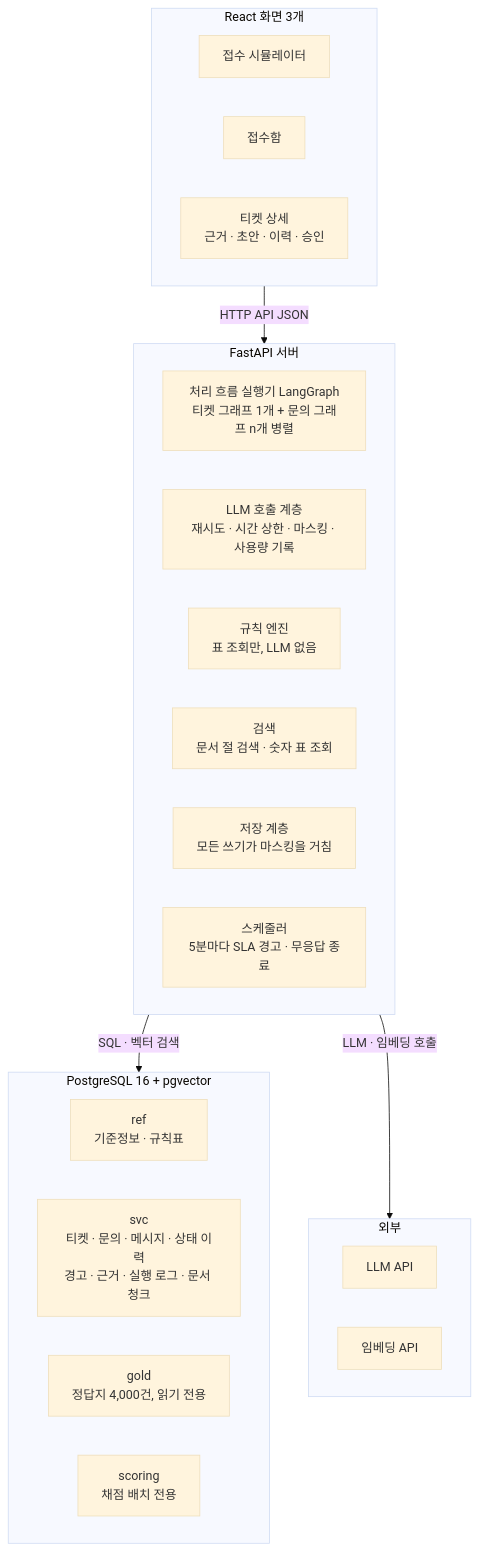
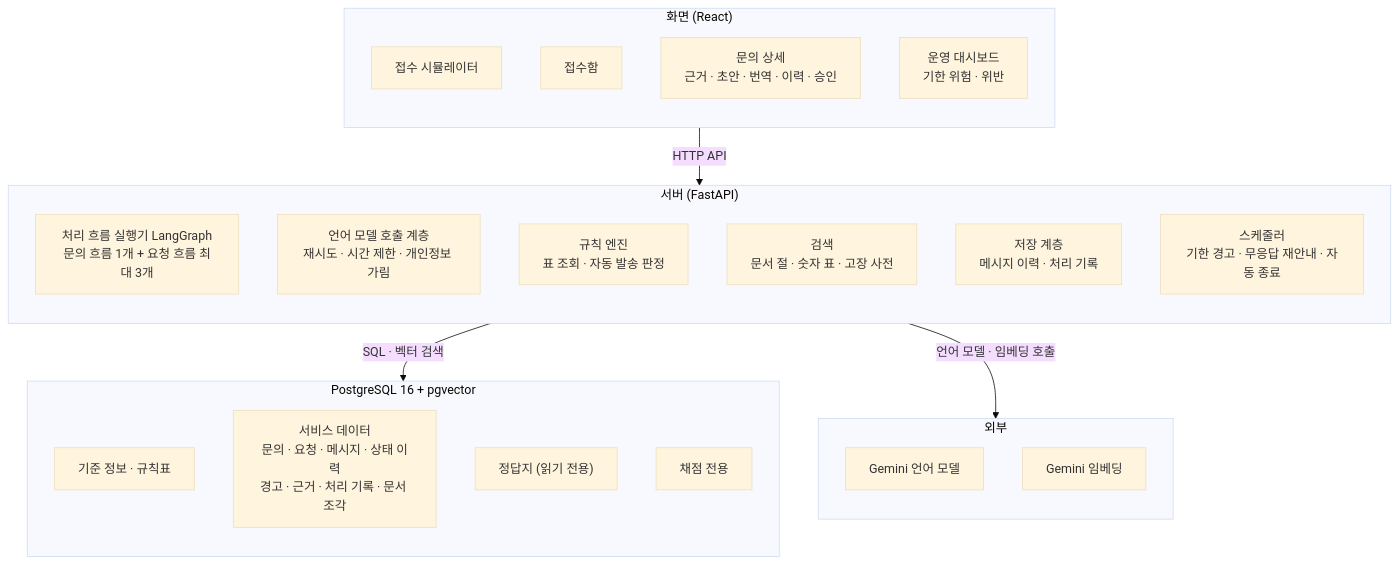
Before and after one commit to SongjuNa/cs-agent-service: the first of 3 diagrams in docs/planning/project-plan.md, drawn with Mermaid (base theme). The commit also changed other lines of this file and 3 other files, not shown here.

````diff
--- a/docs/planning/project-plan.md
+++ b/docs/planning/project-plan.md
@@ -247,33 +362,34 @@
 ```mermaid
 flowchart TB
-    subgraph WEB["React 화면 3개"]
-        direction LR
+    subgraph WEB["화면 (React)"]
+        direction TB
         W1["접수 시뮬레이터"]
         W2["접수함"]
-        W3["티켓 상세<br/>근거 · 초안 · 이력 · 승인"]
+        W3["문의 상세<br/>근거 · 초안 · 번역 · 이력 · 승인"]
+        W4["운영 대시보드<br/>기한 위험 · 위반"]
     end
-    subgraph API["FastAPI 서버"]
-        direction LR
-        G["처리 흐름 실행기 LangGraph<br/>티켓 그래프 1개 + 문의 그래프 n개 병렬"]
-        L["LLM 호출 계층<br/>재시도 · 시간 상한 · 마스킹 · 사용량 기록"]
-        RE["규칙 엔진<br/>표 조회만, LLM 없음"]
-        SR["검색<br/>문서 절 검색 · 숫자 표 조회"]
-        ST["저장 계층<br/>모든 쓰기가 마스킹을 거침"]
-        SC["스케줄러<br/>5분마다 SLA 경고 · 무응답 종료"]
+    subgraph API["서버 (FastAPI)"]
+        direction TB
+        G["처리 흐름 실행기 LangGraph<br/>문의 흐름 1개 + 요청 흐름 최대 3개"]
+        L["언어 모델 호출 계층<br/>재시도 · 시간 제한 · 개인정보 가림"]
+        RE["규칙 엔진<br/>표 조회 · 자동 발송 판정"]
+        SR["검색<br/>문서 절 · 숫자 표 · 고장 사전"]
+        ST["저장 계층<br/>메시지 이력 · 처리 기록"]
+        SC["스케줄러<br/>기한 경고 · 무응답 재안내 · 자동 종료"]
     end
     subgraph DB["PostgreSQL 16 + pgvector"]
-        direction LR
-        D1["ref<br/>기준정보 · 규칙표"]
-        D2["svc<br/>티켓 · 문의 · 메시지 · 상태 이력<br/>경고 · 근거 · 실행 로그 · 문서 청크"]
-        D3["gold<br/>정답지 4,000건, 읽기 전용"]
-        D4["scoring<br/>채점 배치 전용"]
+        direction TB
+        D1["기준 정보 · 규칙표"]
+        D2["서비스 데이터<br/>문의 · 요청 · 메시지 · 상태 이력<br/>경고 · 근거 · 처리 기록 · 문서 조각"]
+        D3["정답지 (읽기 전용)"]
+        D4["채점 전용"]
     end
     subgraph EXT["외부"]
-        direction LR
-        E1["LLM API"]
-        E2["임베딩 API"]
+        direction TB
+        E1["Gemini 언어 모델"]
+        E2["Gemini 임베딩"]
     end
-    WEB -- "HTTP API JSON" --> API
+    WEB -- "HTTP API" --> API
     API -- "SQL · 벡터 검색" --> DB
-    API -- "LLM · 임베딩 호출" --> EXT
+    API -- "언어 모델 · 임베딩 호출" --> EXT
 ```
````
